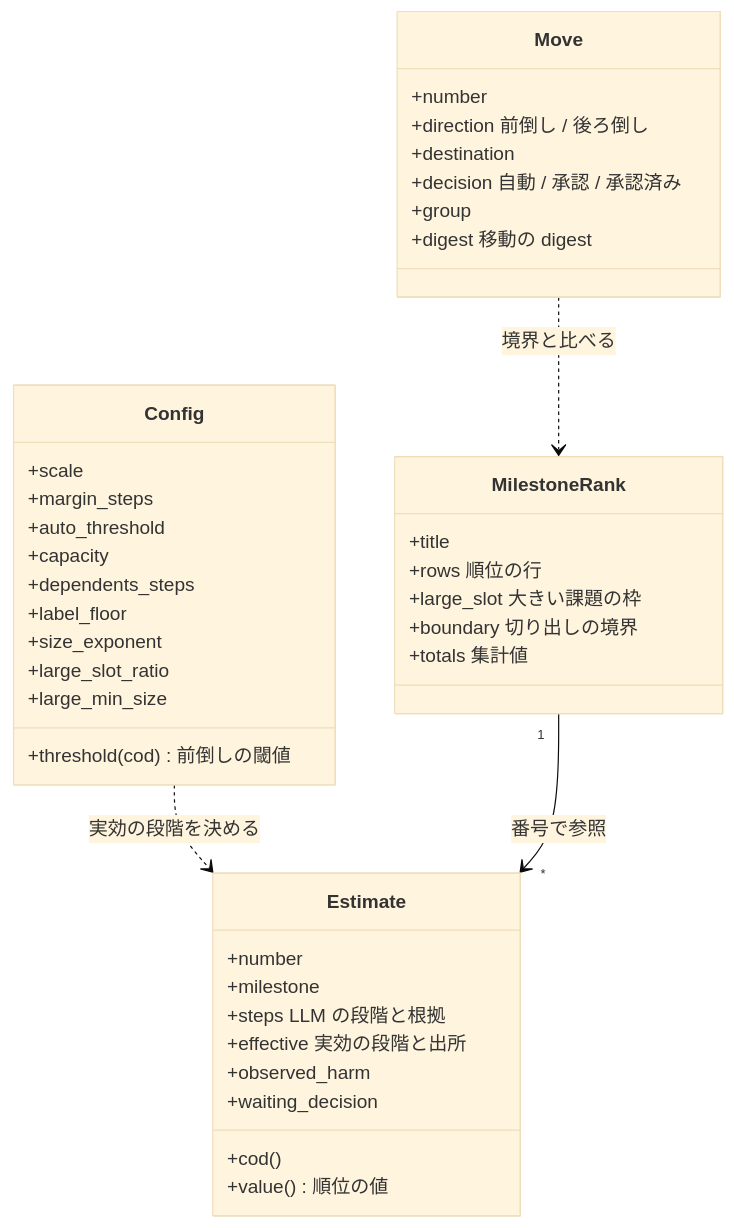
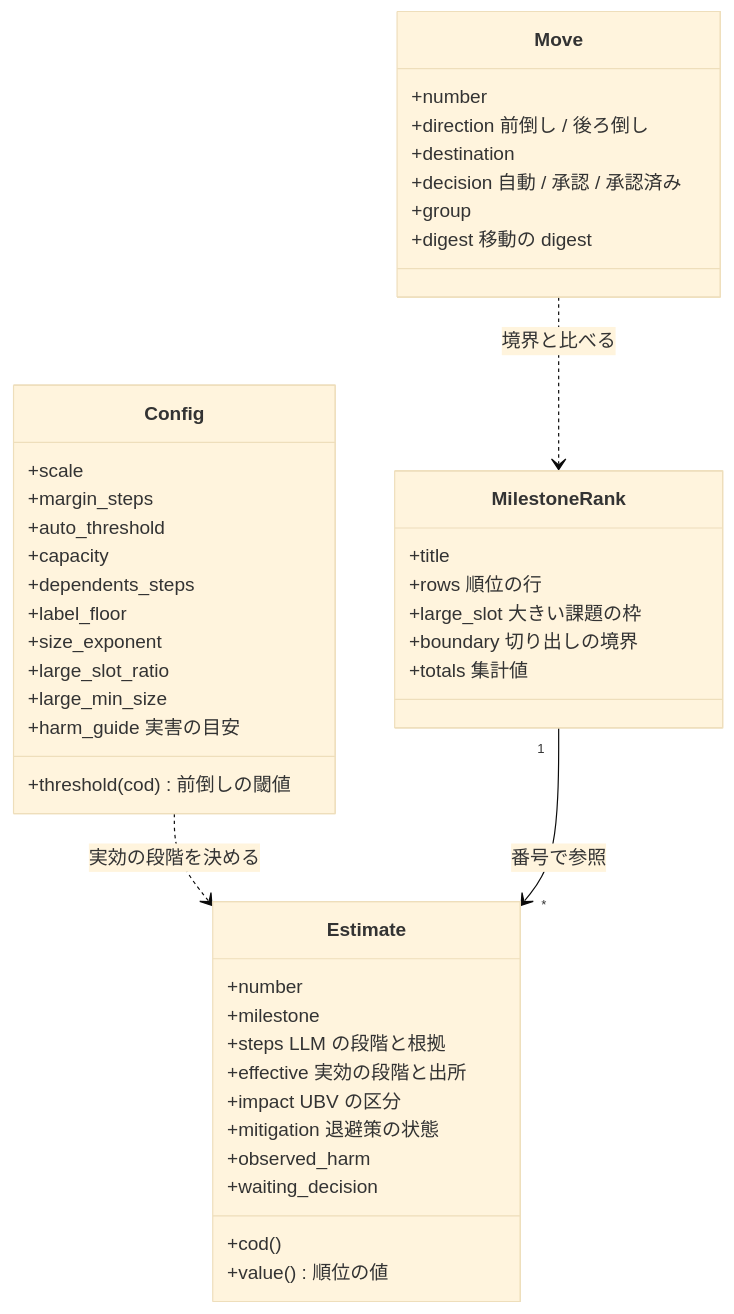
One commit to devbasex/ai-plugins changed the second of 5 diagrams in issues/issue-1429-design.md. Above: the diagram before and after it, drawn with Mermaid (base theme). The commit also changed other lines of this file and 4 other files, not shown here.

````diff
--- a/issues/issue-1429-design.md
+++ b/issues/issue-1429-design.md
@@ -168,43 +171,46 @@
 ```mermaid
 classDiagram
     class Config {
         +scale
         +margin_steps
         +auto_threshold
         +capacity
         +dependents_steps
         +label_floor
         +size_exponent
         +large_slot_ratio
         +large_min_size
+        +harm_guide 実害の目安
         +threshold(cod) 前倒しの閾値
     }
     class Estimate {
         +number
         +milestone
         +steps LLM の段階と根拠
         +effective 実効の段階と出所
+        +impact UBV の区分
+        +mitigation 退避策の状態
         +observed_harm
         +waiting_decision
         +cod()
         +value() 順位の値
     }
     class MilestoneRank {
         +title
         +rows 順位の行
         +large_slot 大きい課題の枠
         +boundary 切り出しの境界
         +totals 集計値
     }
     class Move {
         +number
         +direction 前倒し / 後ろ倒し
         +destination
         +decision 自動 / 承認 / 承認済み
         +group
         +digest 移動の digest
     }
     Config ..> Estimate : 実効の段階を決める
     MilestoneRank "1" --> "*" Estimate : 番号で参照
     Move ..> MilestoneRank : 境界と比べる
 ```
````
